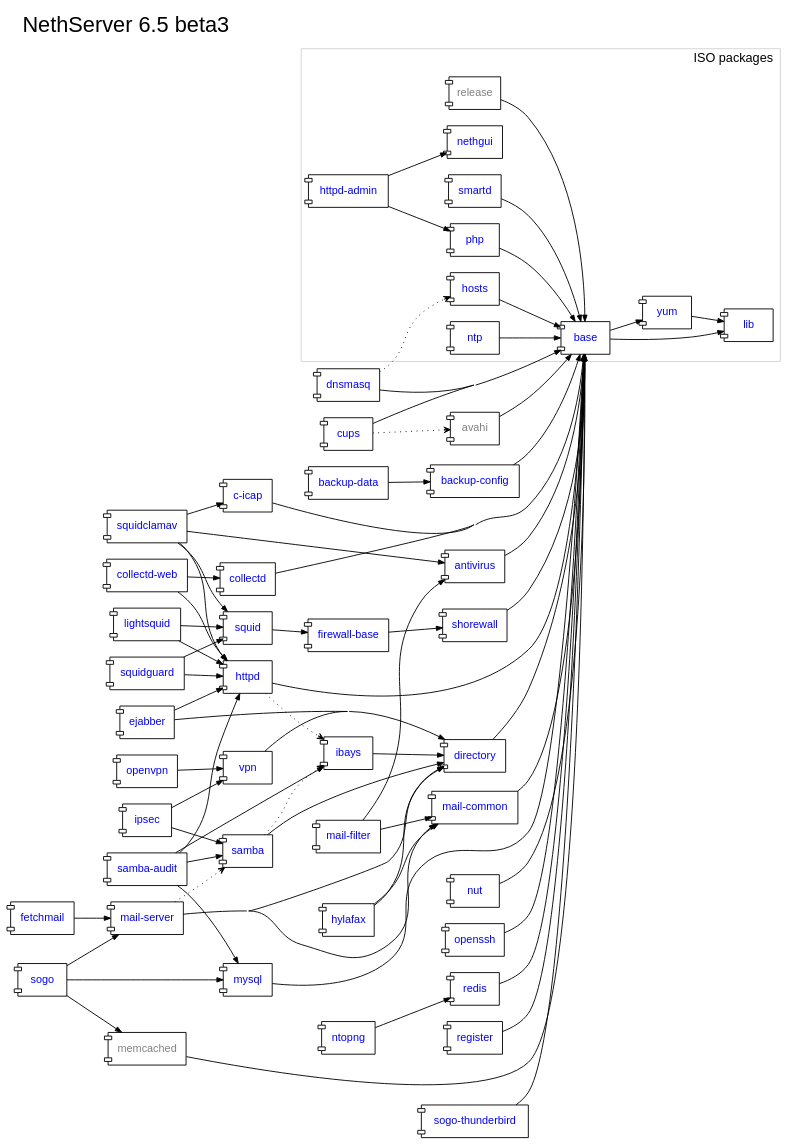
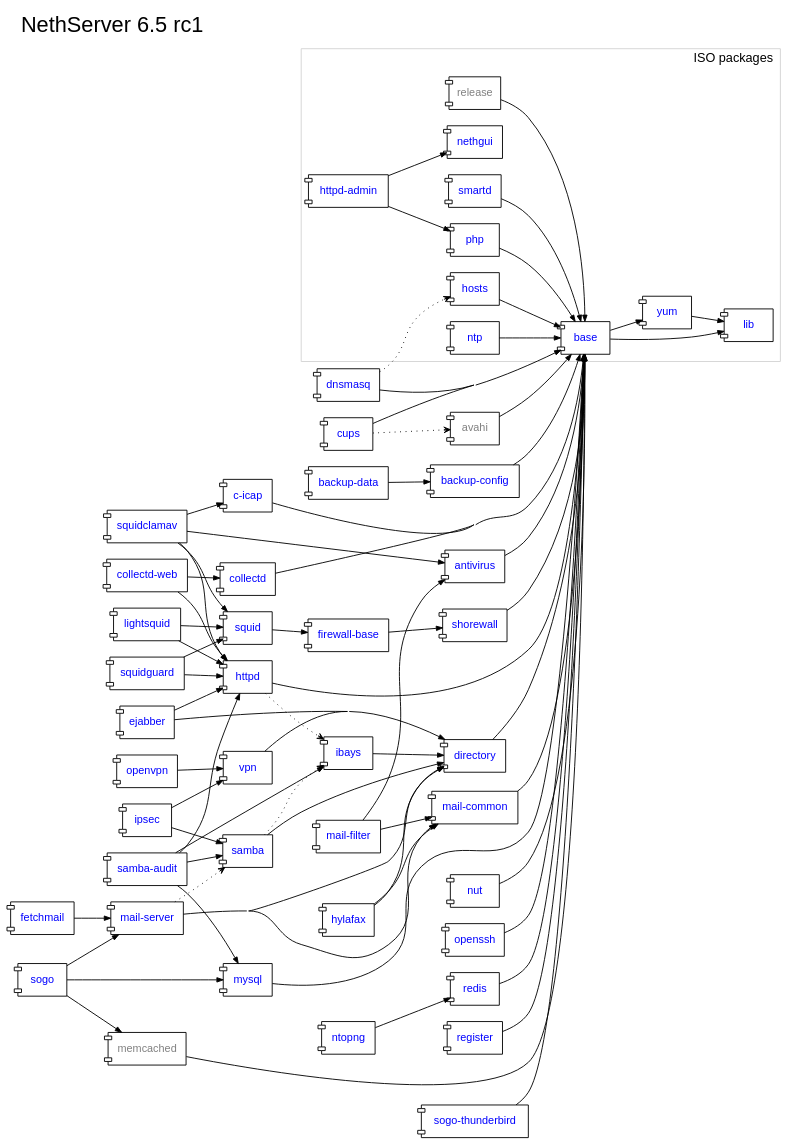
Before and after one commit to nethesis/dev-nethesis-it: the diagram in nethserver/package-dependencies.dot, drawn with Graphviz.

Commit message:
Release 6.5 rc1

```diff
--- a/nethserver/package-dependencies.dot
+++ b/nethserver/package-dependencies.dot
@@ -1,147 +1,147 @@
-digraph "v6.5-beta3" {
+digraph "v6.5-rc1" {
 	rankdir = "LR";
 	compound = true;
 	concentrate = true;
-	label="NethServer 6.5 beta3";
+	label="NethServer 6.5 rc1";
 	fontsize = 24.0
 	labelloc = "t";
 	labeljust = "l";
 	fontname="sans-serif";
 	
 
 	node [shape="component",fontname="sans-serif",fontcolor=blue,fontsize=12.0];
 	edge [arrowsize=0.7];
 
 	subgraph {
 		antivirus [URL="http://dev.nethserver.org/projects/nethserver/wiki/nethserver-antivirus"];
 		avahi [fontcolor=gray];
 		backup_config [label="backup-config",URL="http://dev.nethserver.org/projects/nethserver/wiki/nethserver-backup"];
 		backup_data [label="backup-data",URL="http://dev.nethserver.org/projects/nethserver/wiki/nethserver-backup"];   
 		c_icap [label="c-icap",URL="http://dev.nethserver.org/projects/nethserver/wiki/nethserver-c-icap"];
 		collectd [URL="http://dev.nethserver.org/projects/nethserver/wiki/nethserver-collectd"];
 		collectd_web [label="collectd-web",URL="http://dev.nethserver.org/projects/nethserver/wiki/nethserver-collectd-web"];
 		cups [URL="http://dev.nethserver.org/projects/nethserver-cups/wiki/nethserver-cups"];
 		directory [URL="http://dev.nethserver.org/projects/nethserver/wiki/nethserver-directory"];
 		dnsmasq [URL="http://dev.nethserver.org/projects/nethserver/wiki/nethserver-dnsmasq"];
 		ejabber [URL="http://dev.nethserver.org/projects/nethserver-ejabberd/wiki/nethserver-ejabberd"];
 		fetchmail [URL="http://dev.nethserver.org/projects/nethserver-fetchmail/wiki/nethserver-fetchmail"];
 		firewall_base [label="firewall-base",URL="http://dev.nethserver.org/projects/nethserver-ejabberd/wiki/nethserver-firewall-base"];
 		httpd [URL="http://dev.nethserver.org/projects/nethserver/wiki/nethserver-httpd"];
 		hylafax [URL="http://dev.nethserver.org/projects/nethserver-hylafax/wiki/nethserver-hylafax"];
 		ibays [URL="http://dev.nethserver.org/projects/nethserver/wiki/nethserver-ibays"];
 		ipsec [URL="http://dev.nethserver.org/projects/nethserver/wiki/nethserver-ipsec"];    
 		lightsquid [URL="http://dev.nethserver.org/projects/nethserver/wiki/nethserver-lightsquid"];
 		mail_common [label="mail-common",URL="http://dev.nethserver.org/projects/nethserver/wiki/nethserver-mail-common"];
 		mail_filter [label="mail-filter",URL="http://dev.nethserver.org/projects/nethserver/wiki/nethserver-mail-filter"];
 		mail_server [label="mail-server",URL="http://dev.nethserver.org/projects/nethserver/wiki/nethserver-mail-server"];
 		memcached [fontcolor=gray];
 		mysql [URL="http://dev.nethserver.org/projects/nethserver/wiki/nethserver-mysql"];
 		ntopng [URL="http://dev.nethserver.org/projects/nethserver/wiki/nethserver-ntopng"];
 		nut [URL="http://dev.nethserver.org/projects/nethserver/wiki/nethserver-nut"];
 		openssh [URL="http://dev.nethserver.org/projects/nethserver/wiki/nethserver-openssh"];
 		openvpn [URL="http://dev.nethserver.org/projects/nethserver/wiki/nethserver-openvpn"];
 		redis [URL="http://dev.nethserver.org/projects/nethserver/wiki/nethserver-redis"];
 		register [URL="http://dev.nethserver.org/projects/nethserver/wiki/nethserver-register"];
 		samba [URL="http://dev.nethserver.org/projects/nethserver/wiki/nethserver-samba"];
 		samba_audit [label="samba-audit",URL="http://dev.nethserver.org/projects/nethserver/wiki/nethserver-samba-audit"];
 		shorewall [URL="https://dev.nethserver.org/projects/nethserver/wiki/nethserver-shorewall"];        
 		sogo [URL="https://dev.nethserver.org/projects/nethserver/wiki/nethserver-sogo"];
 		sogo_thunderbird [label="sogo-thunderbird",URL="https://dev.nethserver.org/projects/nethserver/wiki/nethserver-sogo-thunderbird"];
 		squid [URL="https://dev.nethserver.org/projects/nethserver/wiki/nethserver-squid"];
 		squidclamav [URL="https://dev.nethserver.org/projects/nethserver/wiki/nethserver-squidclamav"];
 		squidguard [URL="https://dev.nethserver.org/projects/nethserver/wiki/nethserver-squidguard"];
 		vpn [URL="http://dev.nethserver.org/projects/nethserver/wiki/nethserver-vpn"];
 		
 		subgraph cluster_iso {
 			label="ISO packages"
 			color=lightgray
 			labelloc = "t";
 			labeljust = "r";
 			fontsize = 14.0
 			base [URL="http://dev.nethserver.org/projects/nethserver/wiki/nethserver-base"];
 
 			hosts [URL="http://dev.nethserver.org/projects/nethserver/wiki/nethserver-hosts"];			
 			httpd_admin [label="httpd-admin",URL="http://dev.nethserver.org/projects/nethserver/wiki/nethserver-httpd-admin"];
 			lib [URL="http://dev.nethserver.org/projects/nethserver/wiki/nethserver-lib"];
 			nethgui [URL="http://dev.nethserver.org/projects/nethgui"];
 			ntp [URL="http://dev.nethserver.org/projects/nethserver/wiki/nethserver-ntp"];
 			php [URL="http://dev.nethserver.org/projects/nethserver/wiki/nethserver-php"];			
 			release [fontcolor=gray];
 			smartd [URL="https://dev.nethserver.org/projects/nethserver/wiki/nethserver-smartd"];
 			yum [URL="http://dev.nethserver.org/projects/nethserver/wiki/nethserver-yum"];
 		}
 	}
 
 	
 	antivirus -> base
 	avahi -> base
 	backup_config -> base
 	backup_data -> backup_config
 	base -> lib
 	base -> yum
 	yum -> lib
 	c_icap -> base
 	collectd -> base
 	collectd_web -> collectd
 	collectd_web -> httpd
 	cups -> base
 	directory -> base
 	dnsmasq -> base
 	ejabber -> directory
 	ejabber -> httpd
 	fetchmail -> mail_server
 	firewall_base -> shorewall
 	hosts -> base
 	httpd -> base
 	httpd_admin -> nethgui
 	httpd_admin -> php
 	hylafax -> directory
 	hylafax -> mail_common
 	ibays -> directory
 	ipsec -> vpn
 	ipsec -> samba
 	lightsquid -> httpd
 	lightsquid -> squid
 	mail_common -> base
 	mail_filter -> antivirus
 	mail_filter -> mail_common
 	mail_server -> directory
 	mail_server -> mail_common
 	memcached -> base
 	mysql -> base
 	ntopng -> redis
 	ntp -> base
 	nut -> base
 	openssh -> base
 	openvpn -> vpn
 	php -> base
 	redis -> base
 	register -> base
 	release -> base
 	samba -> directory
 	samba_audit -> httpd
 	samba_audit -> ibays
 	samba_audit -> mysql
 	samba_audit -> samba
 	shorewall -> base
 	smartd -> base
 	sogo -> mail_server
 	sogo -> memcached
 	sogo -> mysql
 	sogo_thunderbird -> base
 	squid -> firewall_base
 	squidclamav -> antivirus
 	squidclamav -> c_icap
 	squidclamav -> httpd
 	squidclamav -> squid
 	squidguard -> httpd
 	squidguard -> squid
 	vpn -> directory
 
 	cups -> avahi [style=dotted,arrowhead=vee];
 	dnsmasq -> hosts [style=dotted,arrowhead=vee];
 	httpd -> ibays [style=dotted,arrowhead=vee];
 	mail_server -> samba [style=dotted,arrowhead=vee];    
 	samba -> ibays [style=dotted,arrowhead=vee];
 	
 }
```
